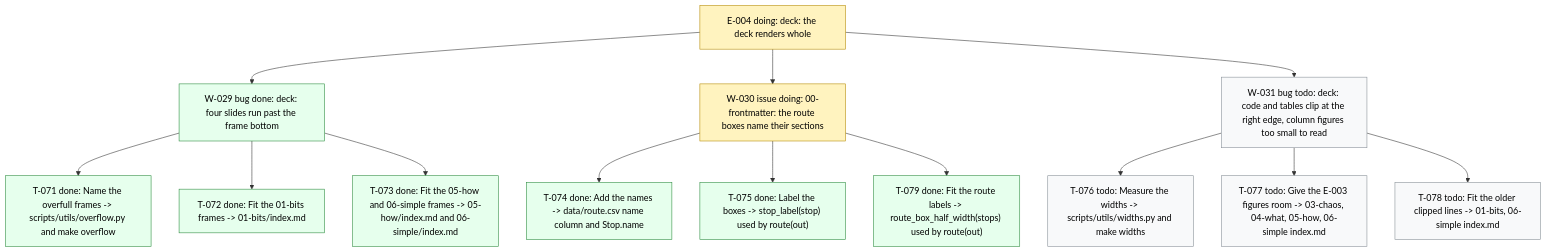
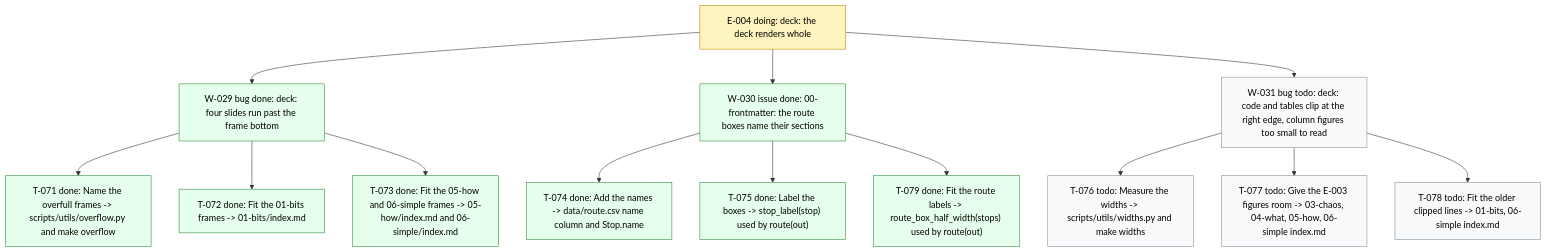
The diagram in .board/BOARD.md (dpopchev/chaos-to-simple), drawn with Mermaid before and after one commit. The commit also changed other lines of this file and 1 other file, not shown here.

Commit message:
chore(board): close W-030 -- landed
Refs: W-030

````diff
--- a/.board/BOARD.md
+++ b/.board/BOARD.md
@@ -193,24 +193,24 @@
 ```mermaid
 flowchart TD
   E004["E-004 doing: deck: the deck renders whole"]
   E004 --> W029["W-029 bug done: deck: four slides run past the frame bottom"]
   W029 --> T071["T-071 done: Name the overfull frames -> scripts/utils/overflow.py and make overflow"]
   W029 --> T072["T-072 done: Fit the 01-bits frames -> 01-bits/index.md"]
   W029 --> T073["T-073 done: Fit the 05-how and 06-simple frames -> 05-how/index.md and 06-simple/index.md"]
-  E004 --> W030["W-030 issue doing: 00-frontmatter: the route boxes name their sections"]
+  E004 --> W030["W-030 issue done: 00-frontmatter: the route boxes name their sections"]
   W030 --> T074["T-074 done: Add the names -> data/route.csv name column and Stop.name"]
   W030 --> T075["T-075 done: Label the boxes -> stop_label(stop) used by route(out)"]
   W030 --> T079["T-079 done: Fit the route labels -> route_box_half_width(stops) used by route(out)"]
   E004 --> W031["W-031 bug todo: deck: code and tables clip at the right edge, column figures too small to read"]
   W031 --> T076["T-076 todo: Measure the widths -> scripts/utils/widths.py and make widths"]
   W031 --> T077["T-077 todo: Give the E-003 figures room -> 03-chaos, 04-what, 05-how, 06-simple index.md"]
   W031 --> T078["T-078 todo: Fit the older clipped lines -> 01-bits, 06-simple index.md"]
   classDef doing fill:#fff3bf,stroke:#b58900,color:#000;
   classDef blocked fill:#ffe3e3,stroke:#c92a2a,color:#000;
   classDef done fill:#e6ffed,stroke:#2b8a3e,color:#000;
   classDef todo fill:#f8f9fa,stroke:#868e96,color:#000;
   classDef pruned fill:#f1f3f5,stroke:#adb5bd,color:#000;
-  class E004,W030 doing
-  class W029,T071,T072,T073,T074,T075,T079 done
+  class E004 doing
+  class W029,T071,T072,T073,W030,T074,T075,T079 done
   class W031,T076,T077,T078 todo
 ```
````
